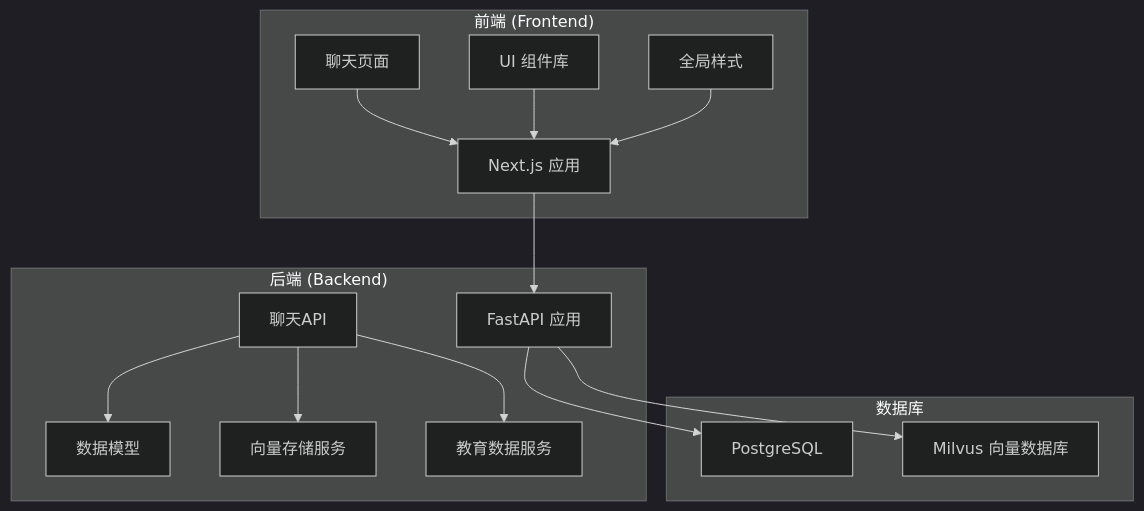
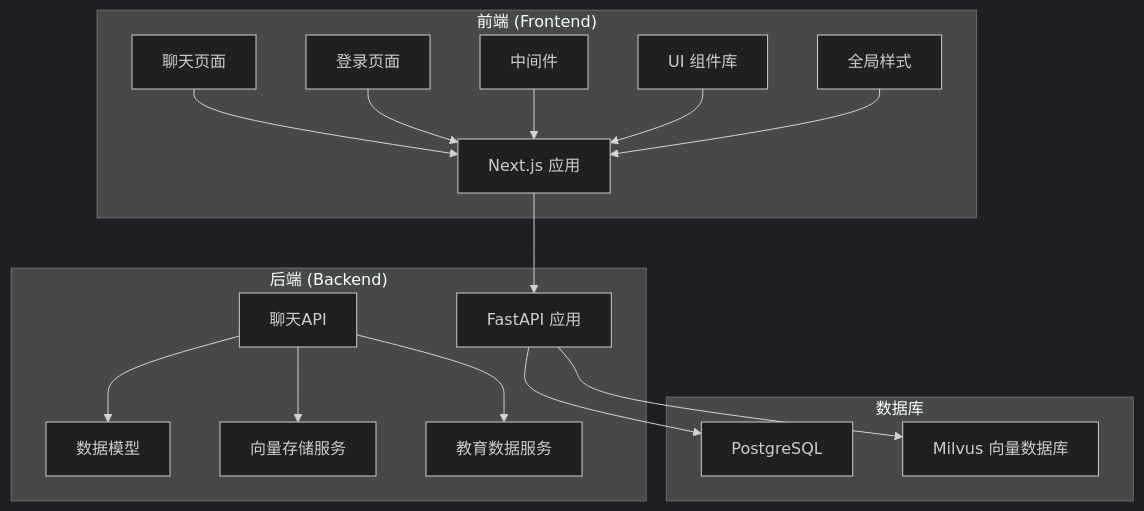
One commit to ghbbn053-ship-itsoulddog/soulddog changed the first of 12 diagrams in .qoder/repowiki/zh/content/前端应用文档/AI聊天界面与对话交互.md. Above: the diagram before and after it, drawn with Mermaid (dark theme). The commit also changed other lines of this file and 6 other files, not shown here.

````diff
--- a/.qoder/repowiki/zh/content/前端应用文档/AI聊天界面与对话交互.md
+++ b/.qoder/repowiki/zh/content/前端应用文档/AI聊天界面与对话交互.md
@@ -38,29 +49,33 @@
 ```mermaid
 graph TB
 subgraph "前端 (Frontend)"
 A[Next.js 应用]
 B[聊天页面]
-C[UI 组件库]
-D[全局样式]
+C[登录页面]
+D[中间件]
+E[UI 组件库]
+F[全局样式]
 end
 subgraph "后端 (Backend)"
-E[FastAPI 应用]
-F[聊天API]
-G[数据模型]
-H[向量存储服务]
-I[教育数据服务]
+G[FastAPI 应用]
+H[聊天API]
+I[数据模型]
+J[向量存储服务]
+K[教育数据服务]
 end
 subgraph "数据库"
-J[PostgreSQL]
-K[Milvus 向量数据库]
+L[PostgreSQL]
+M[Milvus 向量数据库]
 end
-A --> E
+A --> G
 B --> A
 C --> A
 D --> A
-E --> J
-E --> K
-F --> G
-F --> H
-F --> I
+E --> A
+F --> A
+G --> L
+G --> M
+H --> I
+H --> J
+H --> K
 ```
````
